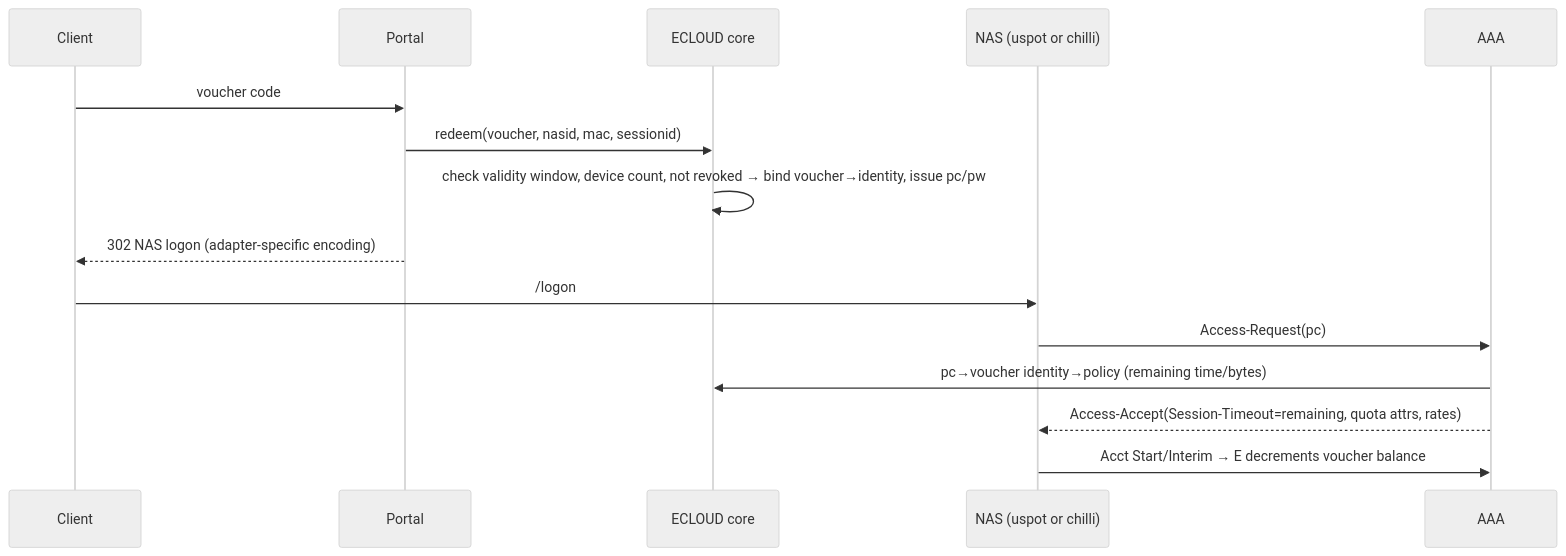
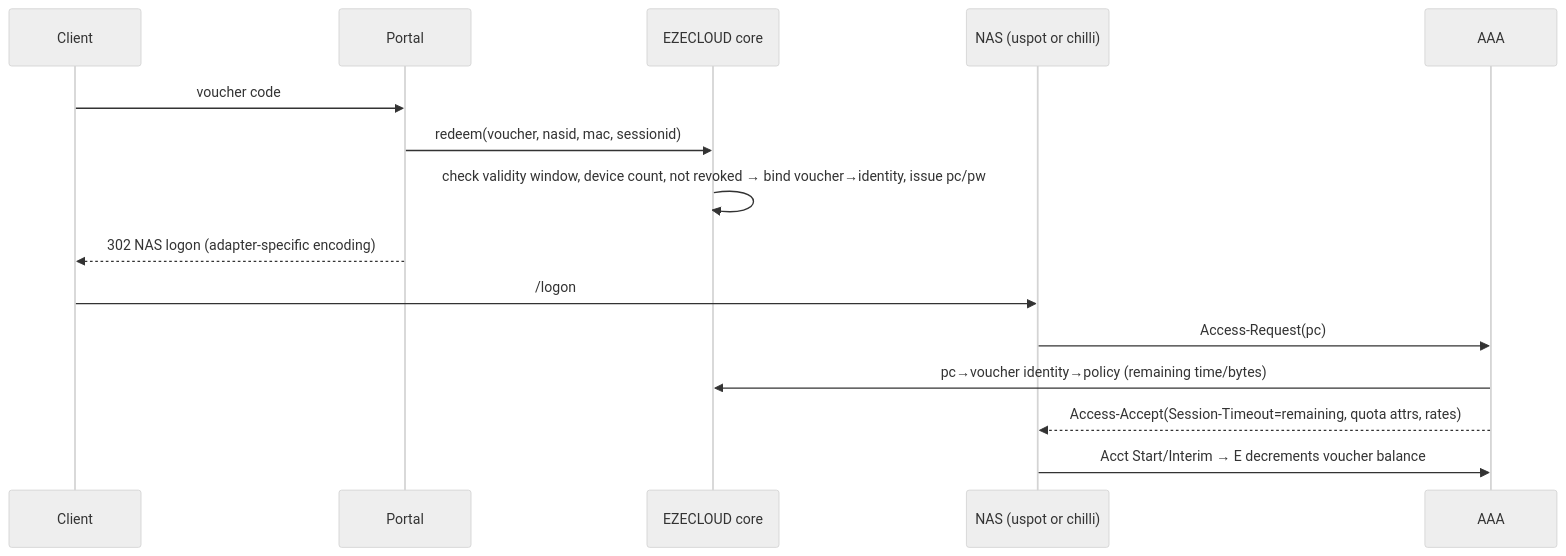
One commit to dannymagat/ecloud changed the third of 5 diagrams in CAPTIVE_PORTAL_ARCHITECTURE.md. Above: the diagram before and after it, drawn with Mermaid (neutral theme). The commit also changed other lines of this file and 211 other files, not shown here.

First line of the commit message:
Rename product name ECLOUD to EZECLOUD in text, UI and docs

````diff
--- a/CAPTIVE_PORTAL_ARCHITECTURE.md
+++ b/CAPTIVE_PORTAL_ARCHITECTURE.md
@@ -258,17 +258,17 @@
 ```mermaid
 sequenceDiagram
   participant C as Client
   participant P as Portal
-  participant E as ECLOUD core
+  participant E as EZECLOUD core
   participant N as NAS (uspot or chilli)
   participant R as AAA
   C->>P: voucher code
   P->>E: redeem(voucher, nasid, mac, sessionid)
   E->>E: check validity window, device count, not revoked → bind voucher→identity, issue pc/pw
   P-->>C: 302 NAS logon (adapter-specific encoding)
   C->>N: /logon
   N->>R: Access-Request(pc)
   R->>E: pc→voucher identity→policy (remaining time/bytes)
   R-->>N: Access-Accept(Session-Timeout=remaining, quota attrs, rates)
   N->>R: Acct Start/Interim → E decrements voucher balance
 ```
````
